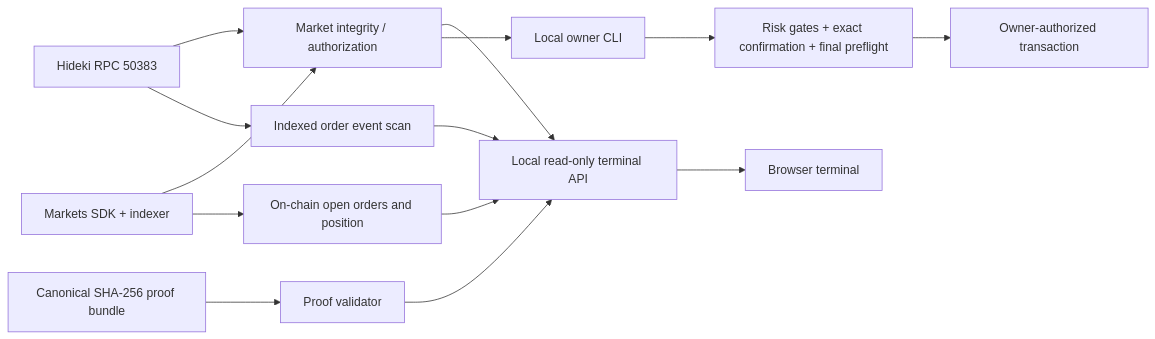
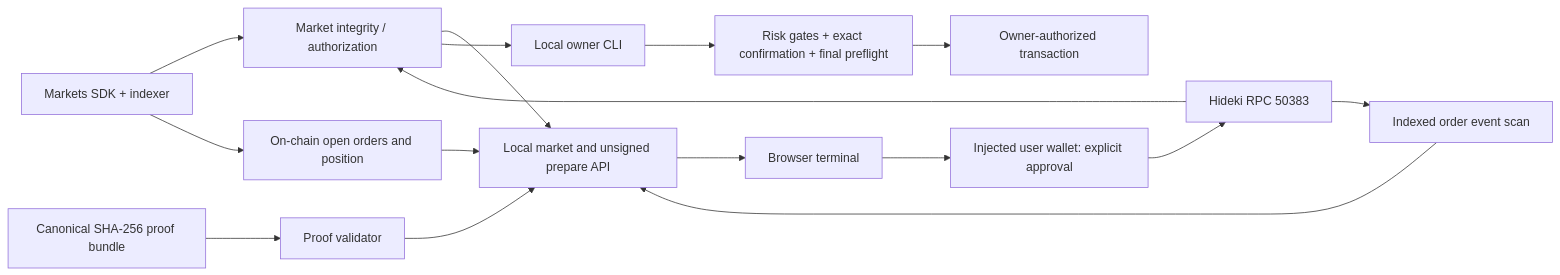
One commit to chapaevv123/perp-canary changed the diagram in docs/architecture.md. Above: the diagram before and after it, drawn with Mermaid. The commit also changed other lines of this file and 13 other files, not shown here.

Commit message:
M5.0 establish guarded direct-wallet trading flow

````diff
--- a/docs/architecture.md
+++ b/docs/architecture.md
@@ -3,16 +3,18 @@
 ```mermaid
 flowchart LR
   SDK[Markets SDK + indexer] --> M[Market integrity / authorization]
   RPC[Hideki RPC 50383] --> M
   RPC --> H[Indexed order event scan]
   SDK --> O[On-chain open orders and position]
   P[Canonical SHA-256 proof bundle] --> V[Proof validator]
-  M --> API[Local read-only terminal API]
+  M --> API[Local market and unsigned prepare API]
   H --> API
   O --> API
   V --> API
   API --> UI[Browser terminal]
+  UI --> W[Injected user wallet: explicit approval]
+  W --> RPC
   M --> CLI[Local owner CLI]
   CLI --> G[Risk gates + exact confirmation + final preflight]
   G --> E[Owner-authorized transaction]
 ```
````
